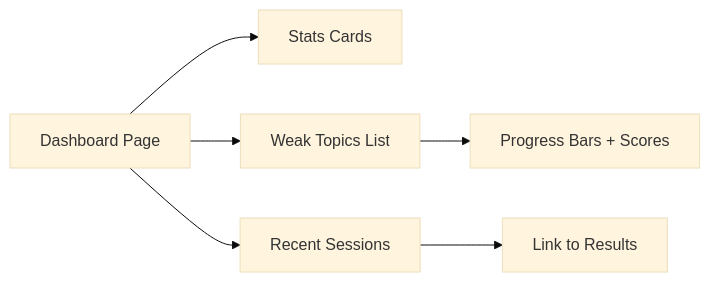
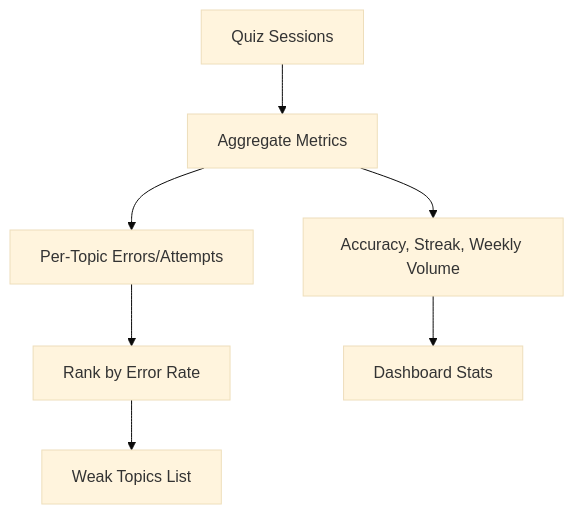
The fourth of 7 diagrams in .qoder/repowiki/en/content/Core Features/Core Features.md (Daniiyal-creates/MedAce-AI), drawn with Mermaid (base theme) before and after one commit. The commit also changed other lines of this file and 159 other files, not shown here.

````diff
--- a/.qoder/repowiki/en/content/Core Features/Core Features.md
+++ b/.qoder/repowiki/en/content/Core Features/Core Features.md
@@ -159,8 +180,9 @@
 ```mermaid
-graph LR
-D["Dashboard Page"] --> S["Stats Cards"]
-D --> W["Weak Topics List"]
-D --> R["Recent Sessions"]
-W --> P["Progress Bars + Scores"]
-R --> J["Link to Results"]
+flowchart TD
+Sessions["Quiz Sessions"] --> Aggregate["Aggregate Metrics"]
+Aggregate --> Stats["Accuracy, Streak, Weekly Volume"]
+Aggregate --> TopicMap["Per-Topic Errors/Attempts"]
+TopicMap --> Rank["Rank by Error Rate"]
+Rank --> Weak["Weak Topics List"]
+Stats --> Dashboard["Dashboard Stats"]
 ```
````
